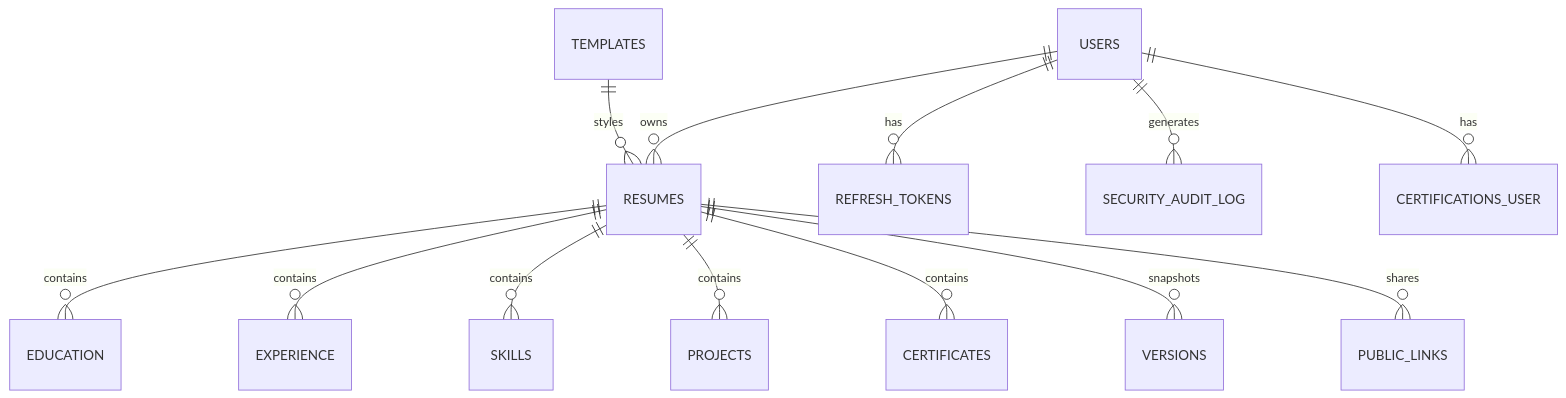
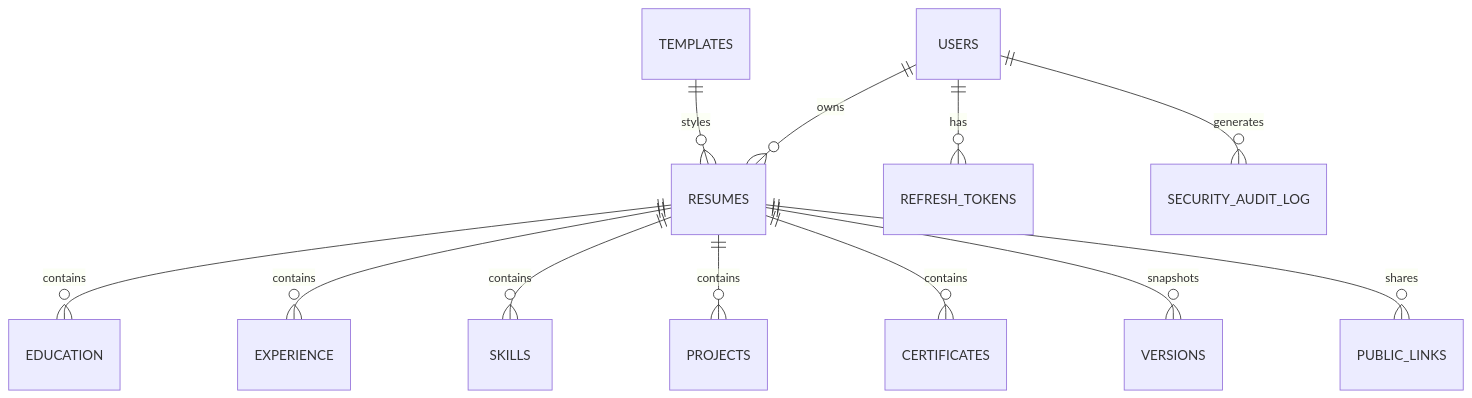
Before and after one commit to rokeysai13-sys/ats-friendly-resume-builder: the diagram in README.md, drawn with Mermaid. The commit also changed other lines of this file and 657 other files, not shown here.

````diff
--- a/README.md
+++ b/README.md
@@ -460,15 +283,14 @@
 ```mermaid
 erDiagram
     USERS ||--o{ RESUMES : owns
     USERS ||--o{ REFRESH_TOKENS : has
     USERS ||--o{ SECURITY_AUDIT_LOG : generates
-    USERS ||--o{ CERTIFICATIONS_USER : has
     RESUMES ||--o{ EDUCATION : contains
     RESUMES ||--o{ EXPERIENCE : contains
     RESUMES ||--o{ SKILLS : contains
     RESUMES ||--o{ PROJECTS : contains
     RESUMES ||--o{ CERTIFICATES : contains
     RESUMES ||--o{ VERSIONS : snapshots
     RESUMES ||--o{ PUBLIC_LINKS : shares
     TEMPLATES ||--o{ RESUMES : styles
 ```
````
